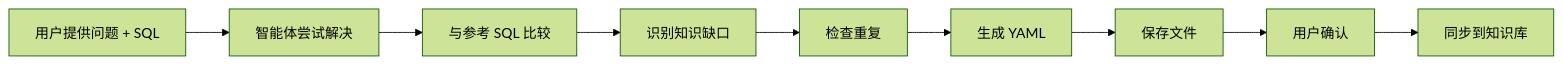
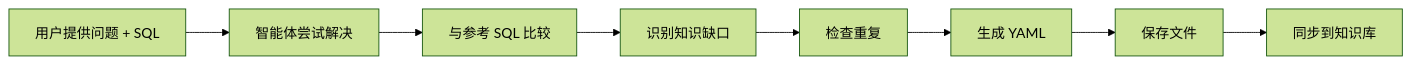
The fourth of 8 diagrams in docs/subagent/builtin_subagents.zh.md (Datus-ai/Datus-agent), drawn with Mermaid (forest theme) before and after one commit. The commit also changed other lines of this file and 11 other files, not shown here.

````diff
--- a/docs/subagent/builtin_subagents.zh.md
+++ b/docs/subagent/builtin_subagents.zh.md
@@ -642,11 +585,10 @@
 ```mermaid
 graph LR
     A[用户提供问题 + SQL] --> B[智能体尝试解决]
     B --> C[与参考 SQL 比较]
     C --> D[识别知识缺口]
     D --> E[检查重复]
     E --> F[生成 YAML]
     F --> G[保存文件]
-    G --> H[用户确认]
-    H --> I[同步到知识库]
+    G --> H[同步到知识库]
 ```
````
